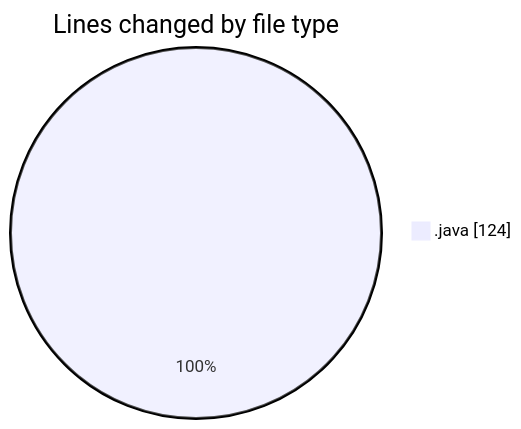
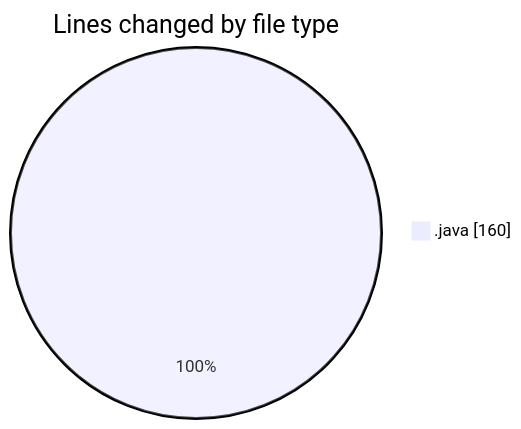
The first of 2 diagrams in 2025-10-04/projet_rmi/README.md (donsfak/code-tracking), drawn with Mermaid before and after one commit. The commit also changed other lines of this file and 1 other file, not shown here.

````diff
--- a/2025-10-04/projet_rmi/README.md
+++ b/2025-10-04/projet_rmi/README.md
@@ -22,5 +23,5 @@
 ```mermaid
 pie showData
 title Lines changed by file type
-".java" : 124
+".java" : 160
 ```
````
